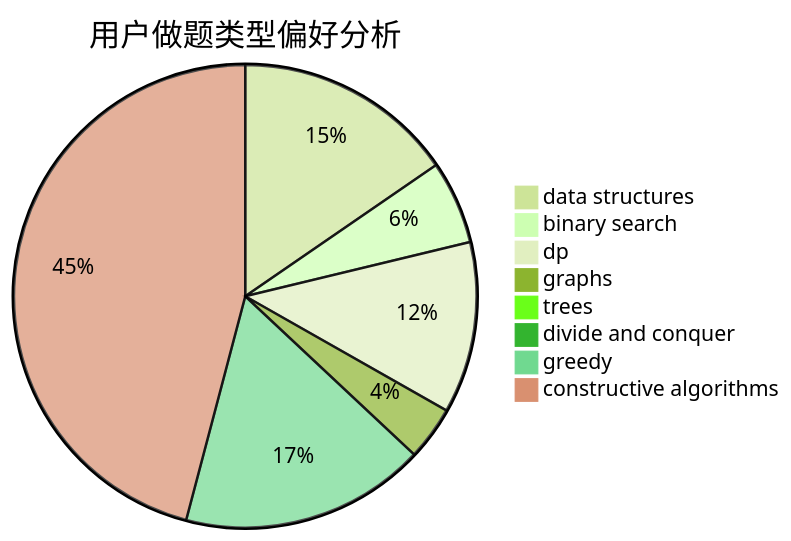
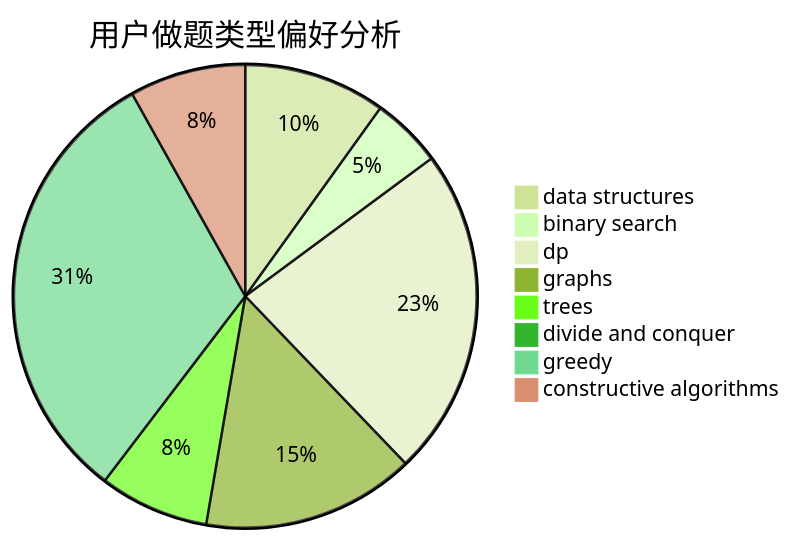
The second of 3 diagrams in docs/user/u1581.md (sherpahu/cfrs.github.io), drawn with Mermaid (forest theme) before and after one commit. The commit also changed other lines of this file and 2770 other files, not shown here.

````diff
--- a/docs/user/u1581.md
+++ b/docs/user/u1581.md
@@ -23,11 +23,11 @@
 ```mermaid
 pie title 用户做题类型偏好分析
-    "data structures" :  45
-    "binary search" :  17
-    "dp" :  35
-    "graphs" :  11
-    "trees" :  2
+    "data structures" :  22
+    "binary search" :  11
+    "dp" :  51
+    "graphs" :  33
+    "trees" :  17
     "divide and conquer" :  1
-    "greedy" :  50
-    "constructive algorithms" :  134
+    "greedy" :  70
+    "constructive algorithms" :  18
 ```
````
